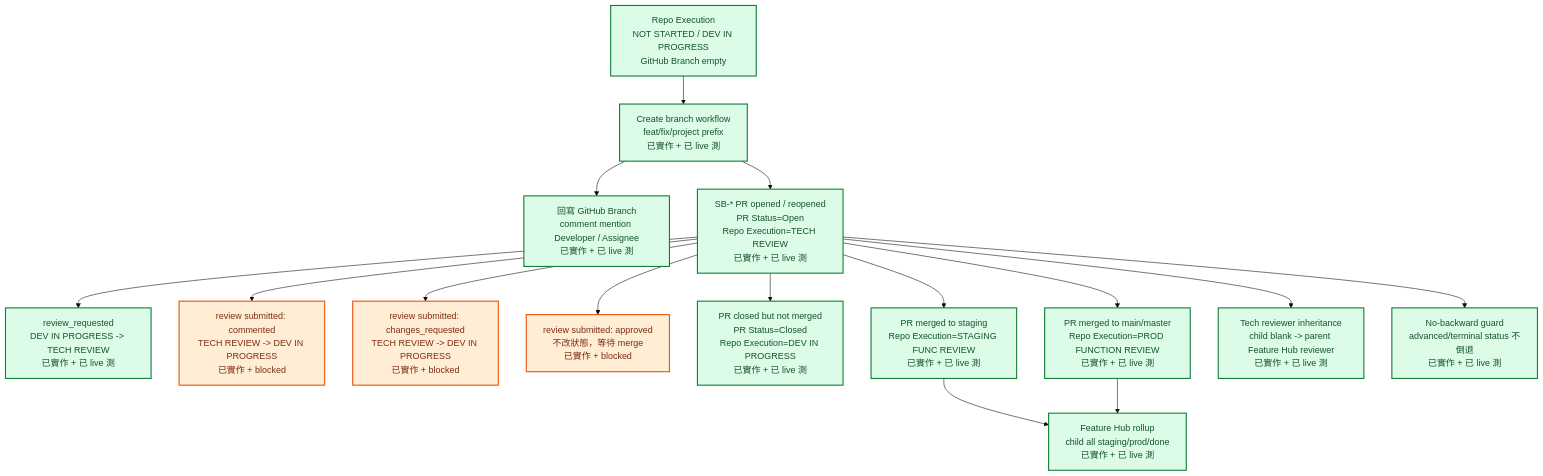
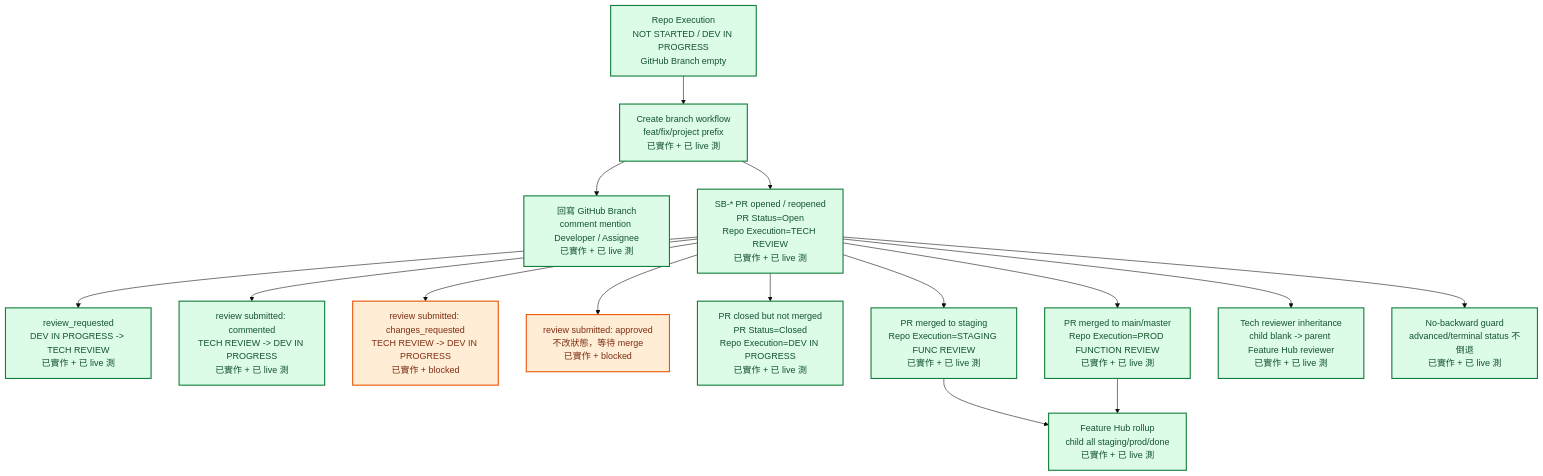
The third of 8 diagrams in docs/notion-automation-flow-map.md (ARTOGO/github-docs), drawn with Mermaid (base theme) before and after one commit. The commit also changed other lines of this file and 3 other files, not shown here.

````diff
--- a/docs/notion-automation-flow-map.md
+++ b/docs/notion-automation-flow-map.md
@@ -74,23 +74,23 @@
 ```mermaid
 flowchart TD
   sb["Repo Execution<br/>NOT STARTED / DEV IN PROGRESS<br/>GitHub Branch empty"] --> branch["Create branch workflow<br/>feat/fix/project prefix<br/>已實作 + 已 live 測"]
   branch --> branchWrite["回寫 GitHub Branch<br/>comment mention Developer / Assignee<br/>已實作 + 已 live 測"]
   branch --> prOpen["SB-* PR opened / reopened<br/>PR Status=Open<br/>Repo Execution=TECH REVIEW<br/>已實作 + 已 live 測"]
   prOpen --> reviewReq["review_requested<br/>DEV IN PROGRESS -> TECH REVIEW<br/>已實作 + 已 live 測"]
-  prOpen --> reviewComment["review submitted: commented<br/>TECH REVIEW -> DEV IN PROGRESS<br/>已實作 + blocked"]
+  prOpen --> reviewComment["review submitted: commented<br/>TECH REVIEW -> DEV IN PROGRESS<br/>已實作 + 已 live 測"]
   prOpen --> reviewChange["review submitted: changes_requested<br/>TECH REVIEW -> DEV IN PROGRESS<br/>已實作 + blocked"]
   prOpen --> reviewApprove["review submitted: approved<br/>不改狀態，等待 merge<br/>已實作 + blocked"]
   prOpen --> closeNoMerge["PR closed but not merged<br/>PR Status=Closed<br/>Repo Execution=DEV IN PROGRESS<br/>已實作 + 已 live 測"]
   prOpen --> mergeStaging["PR merged to staging<br/>Repo Execution=STAGING FUNC REVIEW<br/>已實作 + 已 live 測"]
   prOpen --> mergeProd["PR merged to main/master<br/>Repo Execution=PROD FUNCTION REVIEW<br/>已實作 + 已 live 測"]
   mergeStaging --> rollup["Feature Hub rollup<br/>child all staging/prod/done<br/>已實作 + 已 live 測"]
   mergeProd --> rollup
   prOpen --> inherit["Tech reviewer inheritance<br/>child blank -> parent Feature Hub reviewer<br/>已實作 + 已 live 測"]
   prOpen --> noBackward["No-backward guard<br/>advanced/terminal status 不倒退<br/>已實作 + 已 live 測"]
 
   classDef done fill:#dcfce7,stroke:#15803d,color:#14532d,stroke-width:2px
   classDef blocked fill:#ffedd5,stroke:#ea580c,color:#7c2d12,stroke-width:2px
 
-  class sb,branch,branchWrite,prOpen,reviewReq,closeNoMerge,mergeStaging,mergeProd,rollup,inherit,noBackward done
-  class reviewComment,reviewChange,reviewApprove blocked
+  class sb,branch,branchWrite,prOpen,reviewReq,reviewComment,closeNoMerge,mergeStaging,mergeProd,rollup,inherit,noBackward done
+  class reviewChange,reviewApprove blocked
 ```
````
